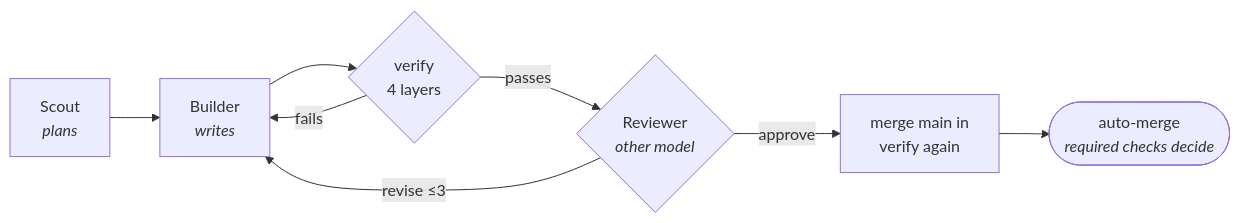
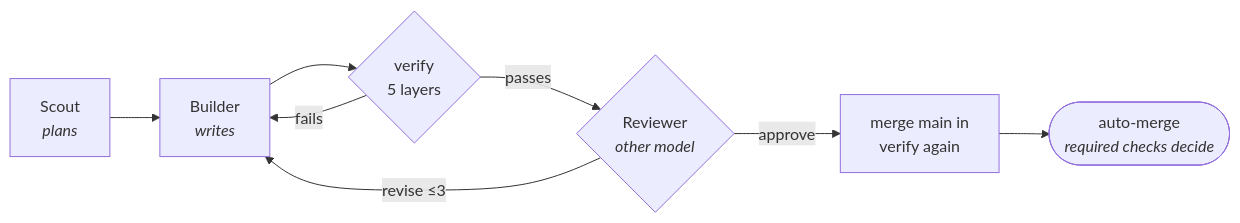
Before and after one commit to DavidCorrea/selfgrow: the second of 3 diagrams in README.md, drawn with Mermaid. The commit also changed other lines of this file, not shown here.

````diff
--- a/README.md
+++ b/README.md
@@ -76,10 +76,10 @@
 ```mermaid
 flowchart LR
     S["Scout<br/><i>plans</i>"] --> B["Builder<br/><i>writes</i>"]
-    B --> V{"verify<br/>4 layers"}
+    B --> V{"verify<br/>5 layers"}
     V -->|fails| B
     V -->|passes| R{"Reviewer<br/><i>other model</i>"}
     R -->|revise ≤3| B
     R -->|approve| M["merge main in<br/>verify again"]
     M --> PR(["auto-merge<br/><i>required checks decide</i>"])
 ```
````
